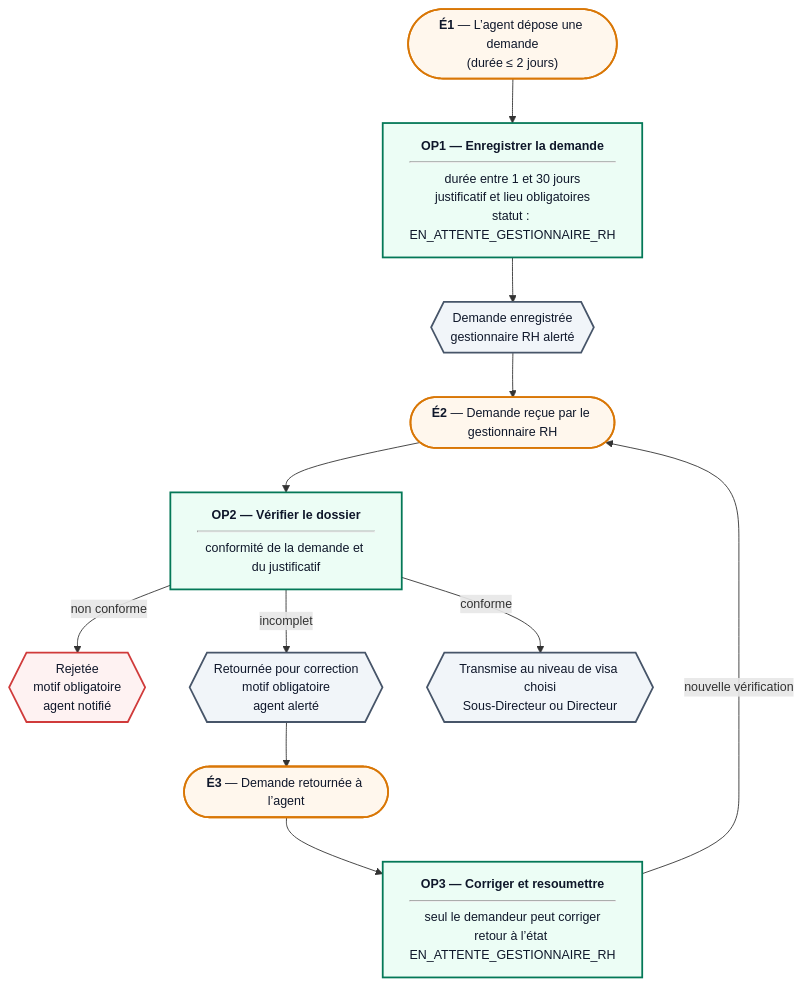
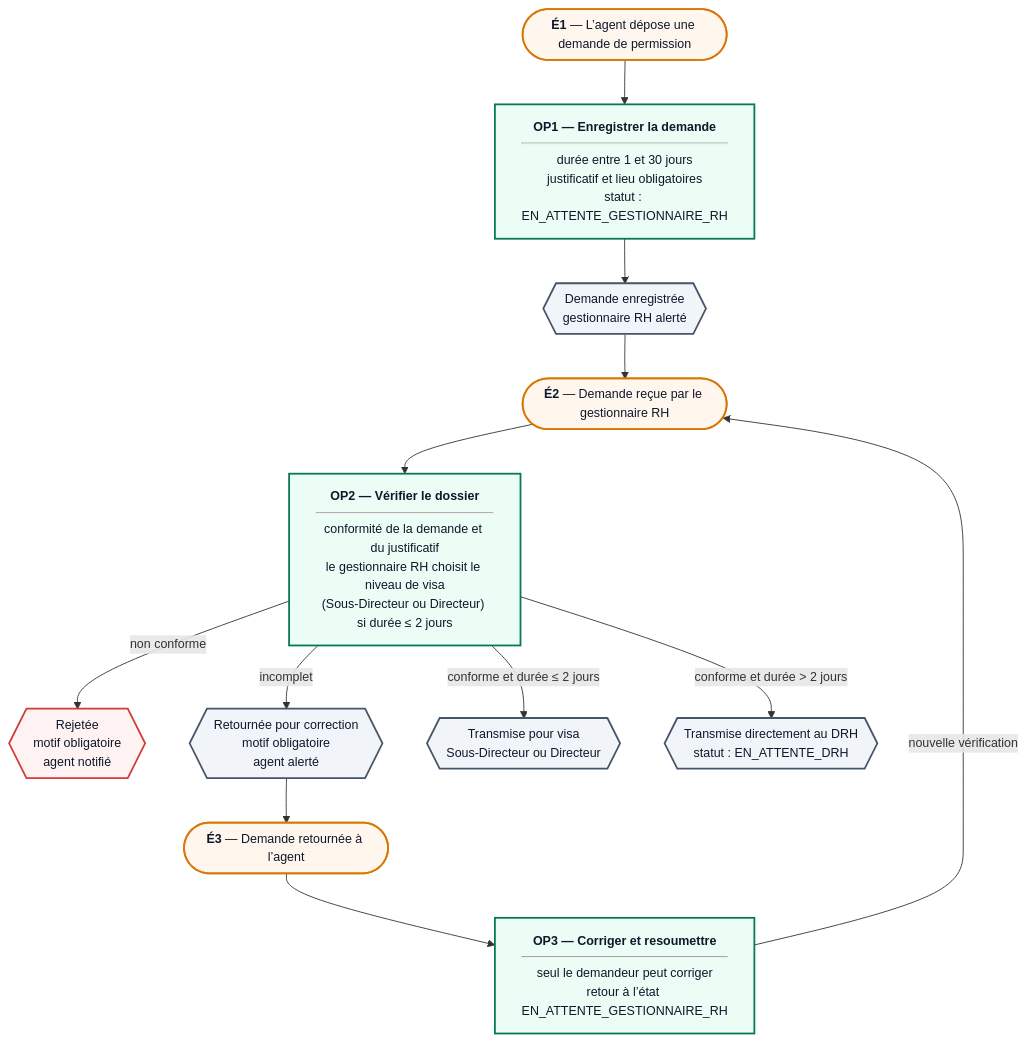
The fifth of 13 diagrams in docs/MERISE.md (MOMOBHY/APPLARAVEL), drawn with Mermaid before and after one commit. The commit also changed other lines of this file and 2 other files, not shown here.

Commit message:
Merise : trois cas (permission fusionnée, déclarations, notes de service)

````diff
--- a/docs/MERISE.md
+++ b/docs/MERISE.md
@@ -211,28 +183,30 @@
 ```mermaid
 %%{init: {'flowchart': {'htmlLabels': true, 'curve': 'basis'}, 'themeVariables': {'fontSize': '14px'}}}%%
 flowchart TB
   classDef ev fill:#fff7ed,stroke:#d97706,stroke-width:2px,color:#0f172a
   classDef op fill:#ecfdf5,stroke:#047857,stroke-width:2px,color:#0f172a
   classDef re fill:#f1f5f9,stroke:#475569,stroke-width:2px,color:#0f172a
   classDef ko fill:#fef2f2,stroke:#d03b3b,stroke-width:2px,color:#0f172a
-  E1(["<b>É1</b> — L’agent dépose une demande<br/>(durée ≤ 2 jours)"]):::ev
+  E1(["<b>É1</b> — L’agent dépose une demande de permission"]):::ev
   O1["<b>OP1 — Enregistrer la demande</b><hr/>durée entre 1 et 30 jours<br/>justificatif et lieu obligatoires<br/>statut : EN_ATTENTE_GESTIONNAIRE_RH"]:::op
   R1{{"Demande enregistrée<br/>gestionnaire RH alerté"}}:::re
   E2(["<b>É2</b> — Demande reçue par le gestionnaire RH"]):::ev
-  O2["<b>OP2 — Vérifier le dossier</b><hr/>conformité de la demande et du justificatif"]:::op
+  O2["<b>OP2 — Vérifier le dossier</b><hr/>conformité de la demande et du justificatif<br/>le gestionnaire RH choisit le niveau de visa<br/>(Sous-Directeur ou Directeur) si durée ≤ 2 jours"]:::op
   E1 --> O1
   O1 --> R1
   R1 --> E2
   E2 --> O2
   R2a{{"Rejetée<br/>motif obligatoire<br/>agent notifié"}}:::ko
   R2b{{"Retournée pour correction<br/>motif obligatoire<br/>agent alerté"}}:::re
-  R2c{{"Transmise au niveau de visa choisi<br/>Sous-Directeur ou Directeur"}}:::re
+  R2c{{"Transmise pour visa<br/>Sous-Directeur ou Directeur"}}:::re
+  R2d{{"Transmise directement au DRH<br/>statut : EN_ATTENTE_DRH"}}:::re
   O2 -->|"non conforme"| R2a
   O2 -->|"incomplet"| R2b
-  O2 -->|"conforme"| R2c
+  O2 -->|"conforme et durée ≤ 2 jours"| R2c
+  O2 -->|"conforme et durée &gt; 2 jours"| R2d
   E3(["<b>É3</b> — Demande retournée à l’agent"]):::ev
   O3["<b>OP3 — Corriger et resoumettre</b><hr/>seul le demandeur peut corriger<br/>retour à l’état EN_ATTENTE_GESTIONNAIRE_RH"]:::op
   R2b --> E3
   E3 --> O3
   O3 -->|"nouvelle vérification"| E2
 ```
````
